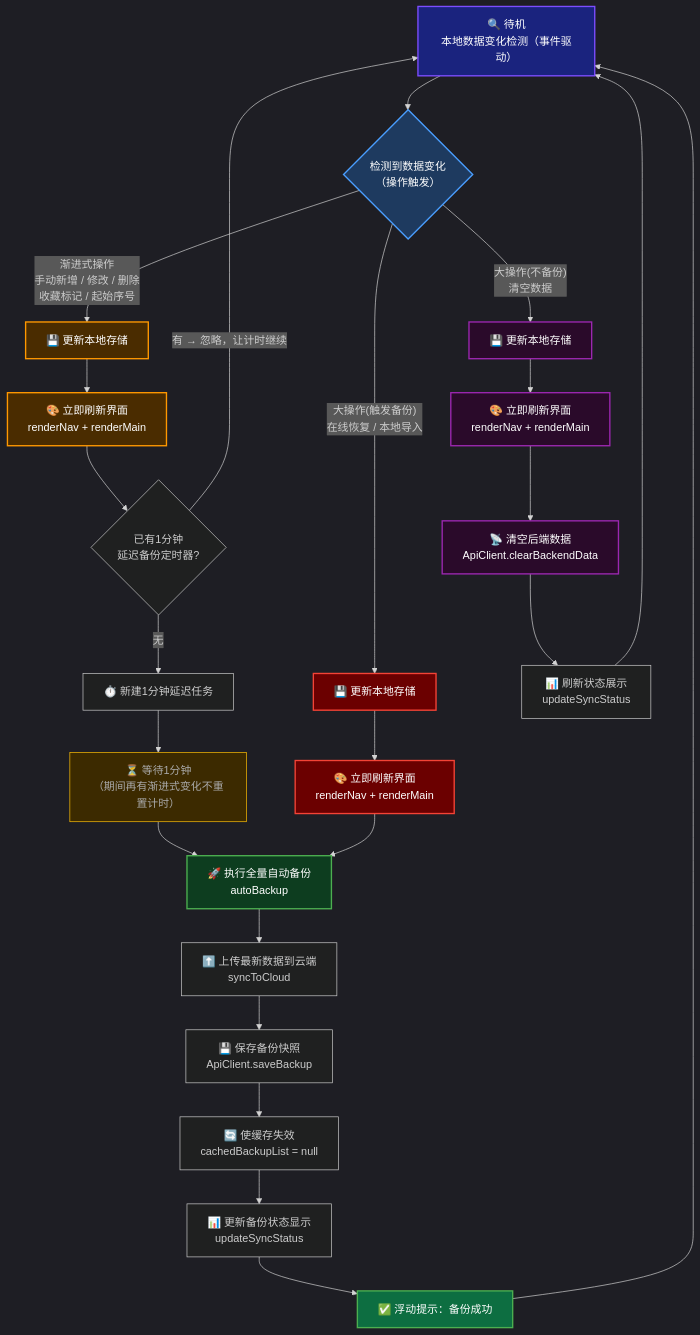
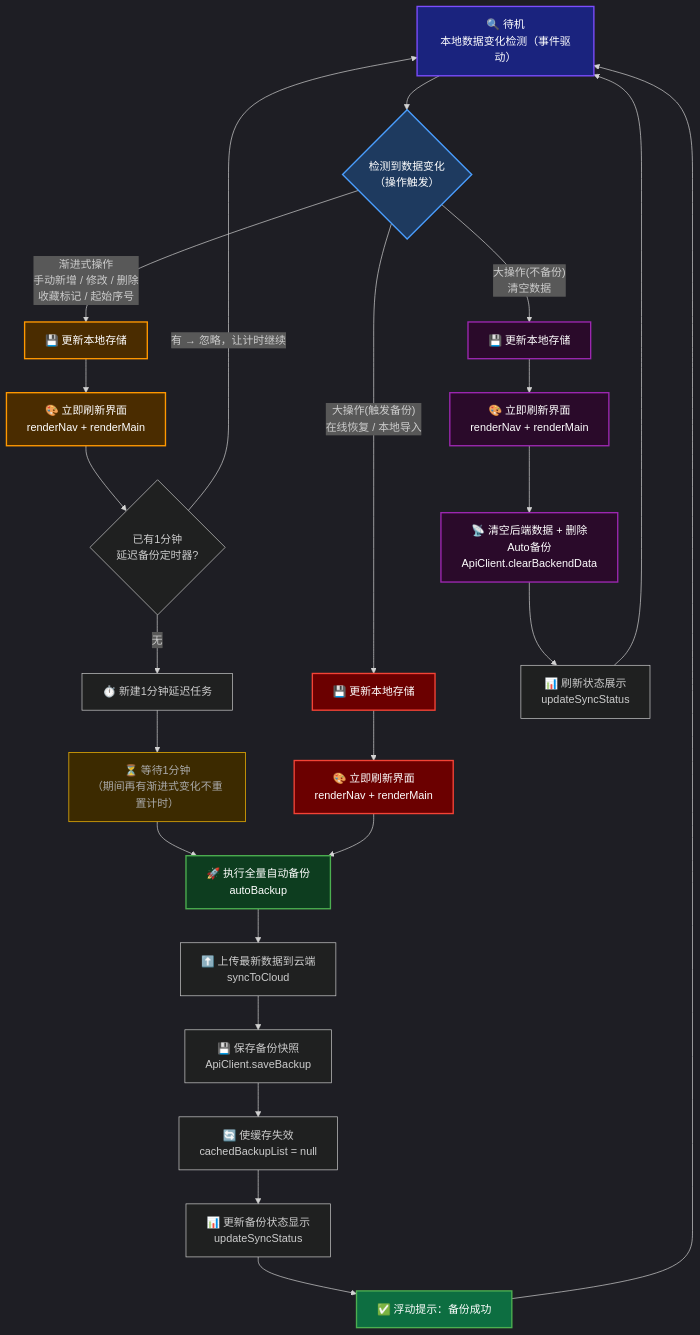
The third of 4 diagrams in doc/FLOWCHART_DIAGRAMS.md (Fuck996/yanyu_tools), drawn with Mermaid before and after one commit. The commit also changed other lines of this file and 1 other file, not shown here.

Commit message:
清空数据时同步删除后端auto备份记录，更新流程图

````diff
--- a/doc/FLOWCHART_DIAGRAMS.md
+++ b/doc/FLOWCHART_DIAGRAMS.md
@@ -129,47 +129,47 @@
 ```mermaid
 %%{init: {'theme':'dark'}}%%
 graph TD
     IDLE["🔍 待机<br/>本地数据变化检测（事件驱动）"]
 
     IDLE --> OP{"检测到数据变化<br/>（操作触发）"}
 
     OP -->|"渐进式操作<br/>手动新增 / 修改 / 删除<br/>收藏标记 / 起始序号"| P_LOCAL["💾 更新本地存储"]
     OP -->|"大操作(触发备份)<br/>在线恢复 / 本地导入"| R_LOCAL["💾 更新本地存储"]
     OP -->|"大操作(不备份)<br/>清空数据"| C_LOCAL["💾 更新本地存储"]
 
     P_LOCAL --> P_UI["🎨 立即刷新界面<br/>renderNav + renderMain"]
     R_LOCAL --> R_UI["🎨 立即刷新界面<br/>renderNav + renderMain"]
     C_LOCAL --> C_UI["🎨 立即刷新界面<br/>renderNav + renderMain"]
 
     P_UI --> TIMER{"已有1分钟<br/>延迟备份定时器?"}
     TIMER -->|"有 → 忽略，让计时继续"| IDLE
     TIMER -->|"无"| SET["⏱️ 新建1分钟延迟任务"]
     SET --> WAIT["⏳ 等待1分钟<br/>（期间再有渐进式变化不重置计时）"]
     WAIT --> BACKUP
 
     R_UI --> BACKUP["🚀 执行全量自动备份<br/>autoBackup"]
 
-    C_UI --> CLEAR_BACKEND["📡 清空后端数据<br/>ApiClient.clearBackendData"]
+    C_UI --> CLEAR_BACKEND["📡 清空后端数据 + 删除Auto备份<br/>ApiClient.clearBackendData"]
     CLEAR_BACKEND --> CLEAR_STATUS["📊 刷新状态展示<br/>updateSyncStatus"]
     CLEAR_STATUS --> IDLE
 
     BACKUP --> SYNC["⬆️ 上传最新数据到云端<br/>syncToCloud"]
     SYNC --> SAVE_BK["💾 保存备份快照<br/>ApiClient.saveBackup"]
     SAVE_BK --> INVAL["🔄 使缓存失效<br/>cachedBackupList = null"]
     INVAL --> STATUS["📊 更新备份状态显示<br/>updateSyncStatus"]
     STATUS --> NOTIFY["✅ 浮动提示：备份成功"]
     NOTIFY --> IDLE
 
     style IDLE fill:#1a237e,stroke:#7c4dff,stroke-width:2px,color:#fff
     style OP fill:#1e3a5f,stroke:#4a9eff,stroke-width:2px,color:#fff
     style P_LOCAL fill:#4a2c00,stroke:#ff9800,stroke-width:2px,color:#fff
     style R_LOCAL fill:#6b0000,stroke:#f44336,stroke-width:2px,color:#fff
     style C_LOCAL fill:#2a0a2a,stroke:#9c27b0,stroke-width:2px,color:#fff
     style P_UI fill:#4a2c00,stroke:#ff9800,stroke-width:2px,color:#fff
     style R_UI fill:#6b0000,stroke:#f44336,stroke-width:2px,color:#fff
     style C_UI fill:#2a0a2a,stroke:#9c27b0,stroke-width:2px,color:#fff
     style WAIT fill:#3c2a00,stroke:#ffc107,stroke-width:1px,color:#aaa
     style BACKUP fill:#0d3d1f,stroke:#4caf50,stroke-width:2px,color:#fff
     style CLEAR_BACKEND fill:#2a0a2a,stroke:#9c27b0,stroke-width:2px,color:#fff
     style NOTIFY fill:#0d6e41,stroke:#4caf50,stroke-width:2px,color:#fff
 ```
````
